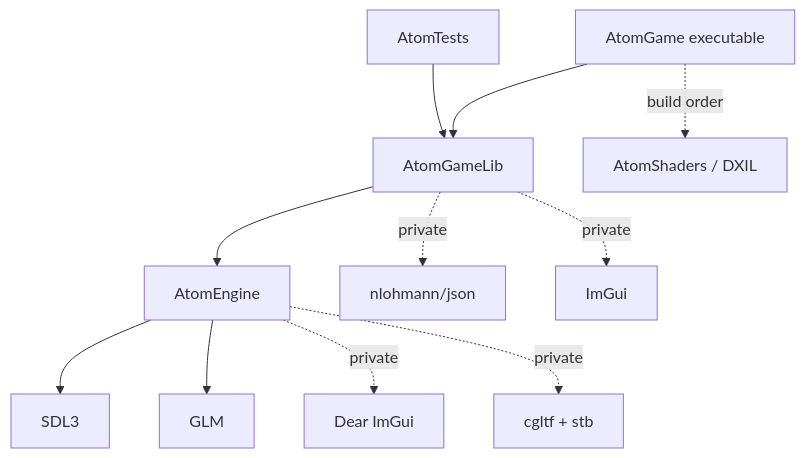
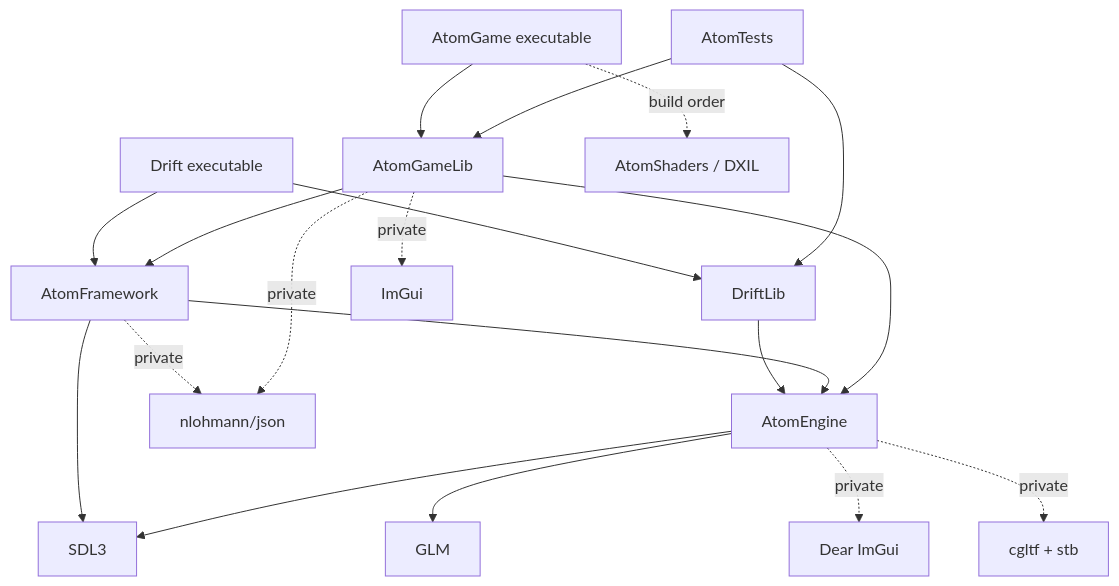
One commit to fgdoliveira/AtomEngine changed the first of 6 diagrams in docs/Architecture.md. Above: the diagram before and after it, drawn with Mermaid. The commit also changed other lines of this file and 82 other files, not shown here.

````diff
--- a/docs/Architecture.md
+++ b/docs/Architecture.md
@@ -15,13 +19,21 @@
 ```mermaid
 graph TD
     Exe[AtomGame executable] --> Game[AtomGameLib]
     Tests[AtomTests] --> Game
+    DriftExe[Drift executable] --> DriftLib[DriftLib]
+    DriftExe --> Framework
+    DriftLib --> Engine
+    Tests --> DriftLib
+    Framework --> Engine
     Game --> Engine[AtomEngine]
+    Game --> Framework[AtomFramework]
+    Framework --> SDL
+    Framework -.->|private| JSON
     Game -.->|private| JSON[nlohmann/json]
     Game -.->|private| ImGui
     Engine --> SDL[SDL3]
     Engine --> GLM
     Engine -.->|private| ImGuiE[Dear ImGui]
     Engine -.->|private| CGLTF[cgltf + stb]
     Exe -.->|build order| Shaders[AtomShaders / DXIL]
 ```
````
